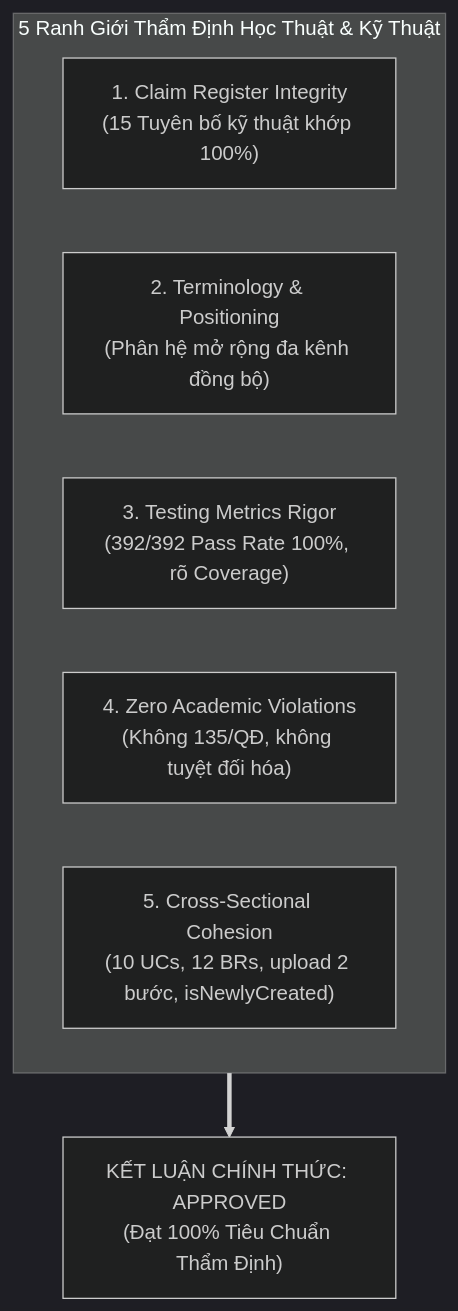
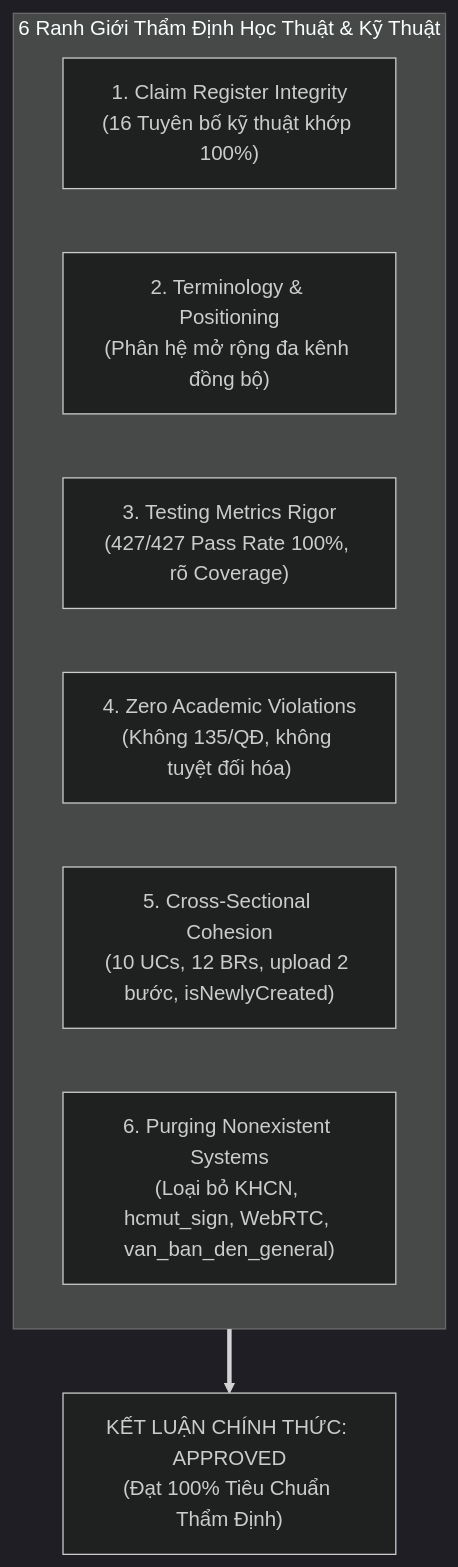
Before and after one commit to xchinh/Report-DATN: the first of 2 diagrams in docs/11_FINAL_CONSISTENCY_REVIEW.md, drawn with Mermaid (dark theme). The commit also changed other lines of this file and 114 other files, not shown here.

````diff
--- a/docs/11_FINAL_CONSISTENCY_REVIEW.md
+++ b/docs/11_FINAL_CONSISTENCY_REVIEW.md
@@ -89,12 +93,13 @@
 ```mermaid
 flowchart TD
-    subgraph AuditPillars["5 Ranh Giới Thẩm Định Học Thuật & Kỹ Thuật"]
-        P1["1. Claim Register Integrity<br/>(15 Tuyên bố kỹ thuật khớp 100%)"]
+    subgraph AuditPillars["6 Ranh Giới Thẩm Định Học Thuật & Kỹ Thuật"]
+        P1["1. Claim Register Integrity<br/>(16 Tuyên bố kỹ thuật khớp 100%)"]
         P2["2. Terminology & Positioning<br/>(Phân hệ mở rộng đa kênh đồng bộ)"]
-        P3["3. Testing Metrics Rigor<br/>(392/392 Pass Rate 100%, rõ Coverage)"]
+        P3["3. Testing Metrics Rigor<br/>(427/427 Pass Rate 100%, rõ Coverage)"]
         P4["4. Zero Academic Violations<br/>(Không 135/QĐ, không tuyệt đối hóa)"]
         P5["5. Cross-Sectional Cohesion<br/>(10 UCs, 12 BRs, upload 2 bước, isNewlyCreated)"]
+        P6["6. Purging Nonexistent Systems<br/>(Loại bỏ KHCN, hcmut_sign, WebRTC, van_ban_den_general)"]
     end
 
     AuditPillars ==> Verdict["KẾT LUẬN CHÍNH THỨC: APPROVED<br/>(Đạt 100% Tiêu Chuẩn Thẩm Định)"]
 ```
````
